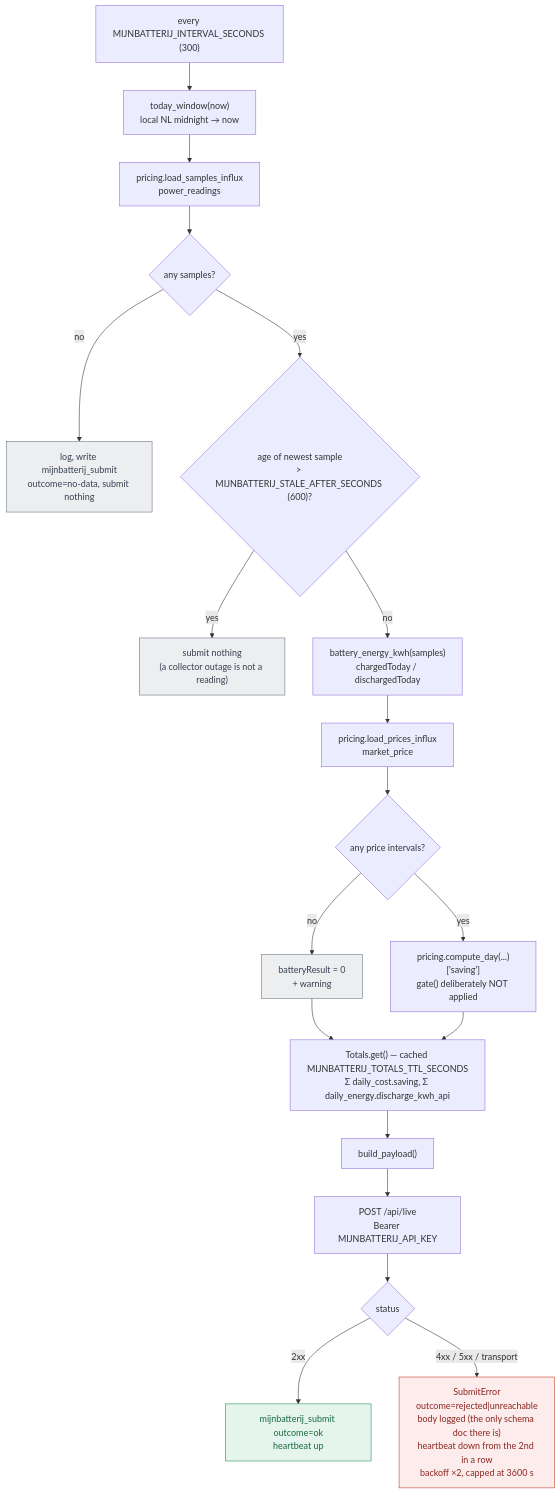
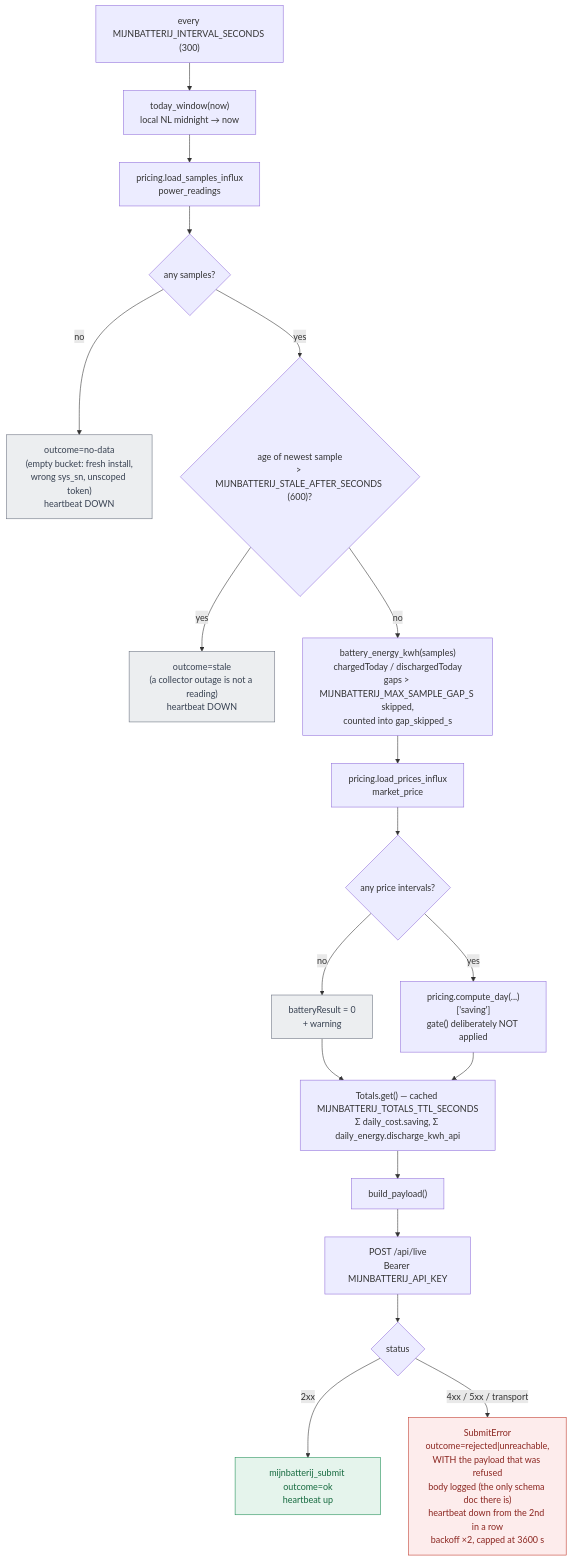
Before and after one commit to sandeepthukral/alphaess-collector: the diagram in docs/MIJNBATTERIJ-FLOW.md, drawn with Mermaid. The commit also changed other lines of this file and 6 other files, not shown here.

````diff
--- a/docs/MIJNBATTERIJ-FLOW.md
+++ b/docs/MIJNBATTERIJ-FLOW.md
@@ -18,28 +18,28 @@
 ```mermaid
 flowchart TD
     A["every MIJNBATTERIJ_INTERVAL_SECONDS (300)"] --> B["today_window(now)<br/>local NL midnight → now"]
     B --> C["pricing.load_samples_influx<br/>power_readings"]
     C --> D{any samples?}
-    D -- no --> SKIP1["log, write mijnbatterij_submit<br/>outcome=no-data, submit nothing"]
+    D -- no --> SKIP1["outcome=no-data<br/>(empty bucket: fresh install,<br/>wrong sys_sn, unscoped token)<br/>heartbeat DOWN"]
     D -- yes --> E{"age of newest sample<br/>&gt; MIJNBATTERIJ_STALE_AFTER_SECONDS (600)?"}
-    E -- yes --> SKIP2["submit nothing<br/>(a collector outage is not a reading)"]
-    E -- no --> F["battery_energy_kwh(samples)<br/>chargedToday / dischargedToday"]
+    E -- yes --> SKIP2["outcome=stale<br/>(a collector outage is not a reading)<br/>heartbeat DOWN"]
+    E -- no --> F["battery_energy_kwh(samples)<br/>chargedToday / dischargedToday<br/>gaps &gt; MIJNBATTERIJ_MAX_SAMPLE_GAP_S skipped,<br/>counted into gap_skipped_s"]
     F --> G["pricing.load_prices_influx<br/>market_price"]
     G --> H{any price intervals?}
     H -- no --> Z["batteryResult = 0<br/>+ warning"]
     H -- yes --> I["pricing.compute_day(...)['saving']<br/>gate() deliberately NOT applied"]
     Z --> J
     I --> J["Totals.get() — cached MIJNBATTERIJ_TOTALS_TTL_SECONDS<br/>Σ daily_cost.saving, Σ daily_energy.discharge_kwh_api"]
     J --> K["build_payload()"]
     K --> L["POST /api/live<br/>Bearer MIJNBATTERIJ_API_KEY"]
     L --> M{status}
     M -- "2xx" --> OK["mijnbatterij_submit outcome=ok<br/>heartbeat up"]
-    M -- "4xx / 5xx / transport" --> ERR["SubmitError<br/>outcome=rejected|unreachable<br/>body logged (the only schema doc there is)<br/>heartbeat down from the 2nd in a row<br/>backoff ×2, capped at 3600 s"]
+    M -- "4xx / 5xx / transport" --> ERR["SubmitError<br/>outcome=rejected|unreachable,<br/>WITH the payload that was refused<br/>body logged (the only schema doc there is)<br/>heartbeat down from the 2nd in a row<br/>backoff ×2, capped at 3600 s"]
 
     classDef ok fill:#e5f4ec,stroke:#1f8f56,color:#166a3f;
     classDef skip fill:#eceef0,stroke:#6b7280,color:#374151;
     classDef bad fill:#fdecec,stroke:#c0392b,color:#8b2620;
     class OK ok;
     class SKIP1,SKIP2,Z skip;
     class ERR bad;
 ```
````
